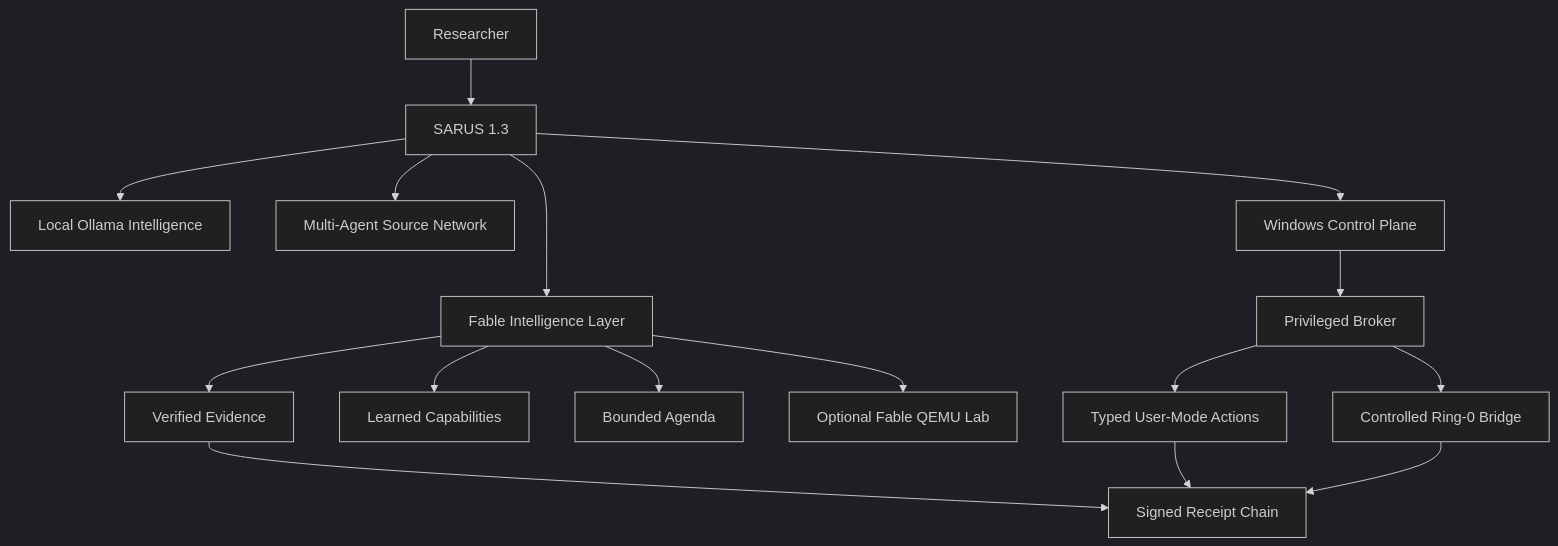
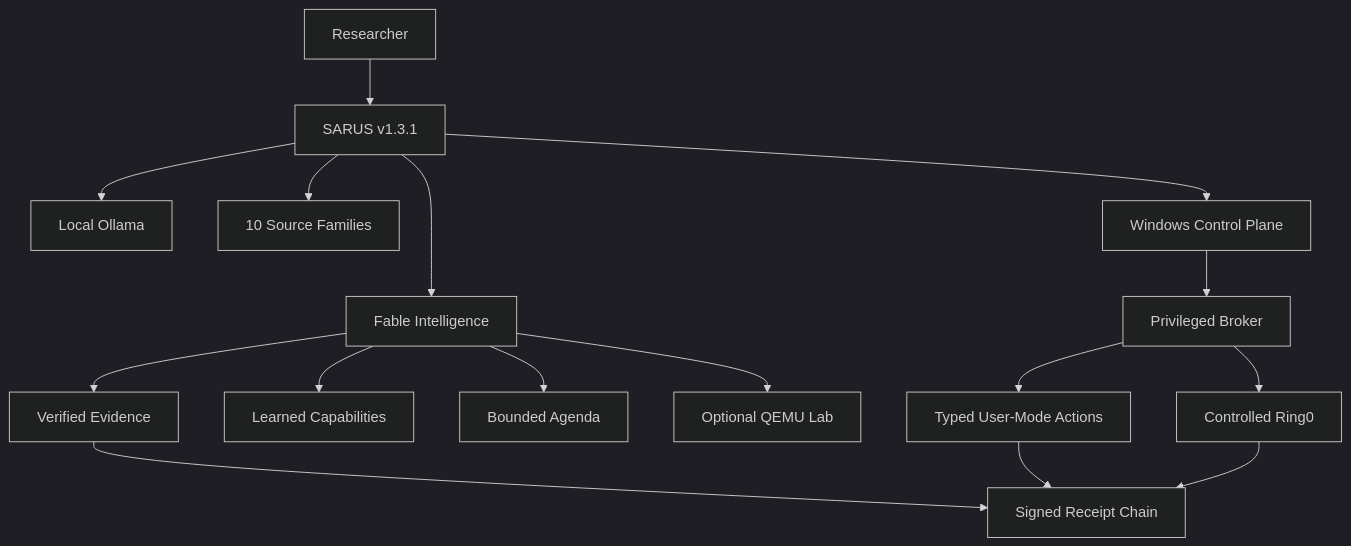
One commit to kautukade/JUBI changed the fourth of 4 diagrams in README.md. Above: the diagram before and after it, drawn with Mermaid (dark theme). The commit also changed other lines of this file and 38 other files, not shown here.

````diff
--- a/README.md
+++ b/README.md
@@ -915,21 +601,21 @@
 ```mermaid
 flowchart TB
-    RESEARCHER[Researcher] --> SARUS[SARUS 1.3]
-    SARUS --> OLLAMA[Local Ollama Intelligence]
-    SARUS --> AGENTS[Multi-Agent Source Network]
-    SARUS --> FABLE[Fable Intelligence Layer]
+    RESEARCHER[Researcher] --> SARUS[SARUS v1.3.1]
+    SARUS --> OLLAMA[Local Ollama]
+    SARUS --> AGENTS[10 Source Families]
+    SARUS --> FABLE[Fable Intelligence]
     SARUS --> WINDOWS[Windows Control Plane]
 
     FABLE --> EVIDENCE[Verified Evidence]
     FABLE --> LEARN[Learned Capabilities]
     FABLE --> AUTO[Bounded Agenda]
-    FABLE --> QEMULAB[Optional Fable QEMU Lab]
+    FABLE --> QEMULAB[Optional QEMU Lab]
 
     WINDOWS --> BROKER[Privileged Broker]
     BROKER --> USERMODE[Typed User-Mode Actions]
-    BROKER --> RING0[Controlled Ring-0 Bridge]
+    BROKER --> RING0[Controlled Ring0]
 
     EVIDENCE --> RECEIPTS[Signed Receipt Chain]
     USERMODE --> RECEIPTS
     RING0 --> RECEIPTS
 ```
````
